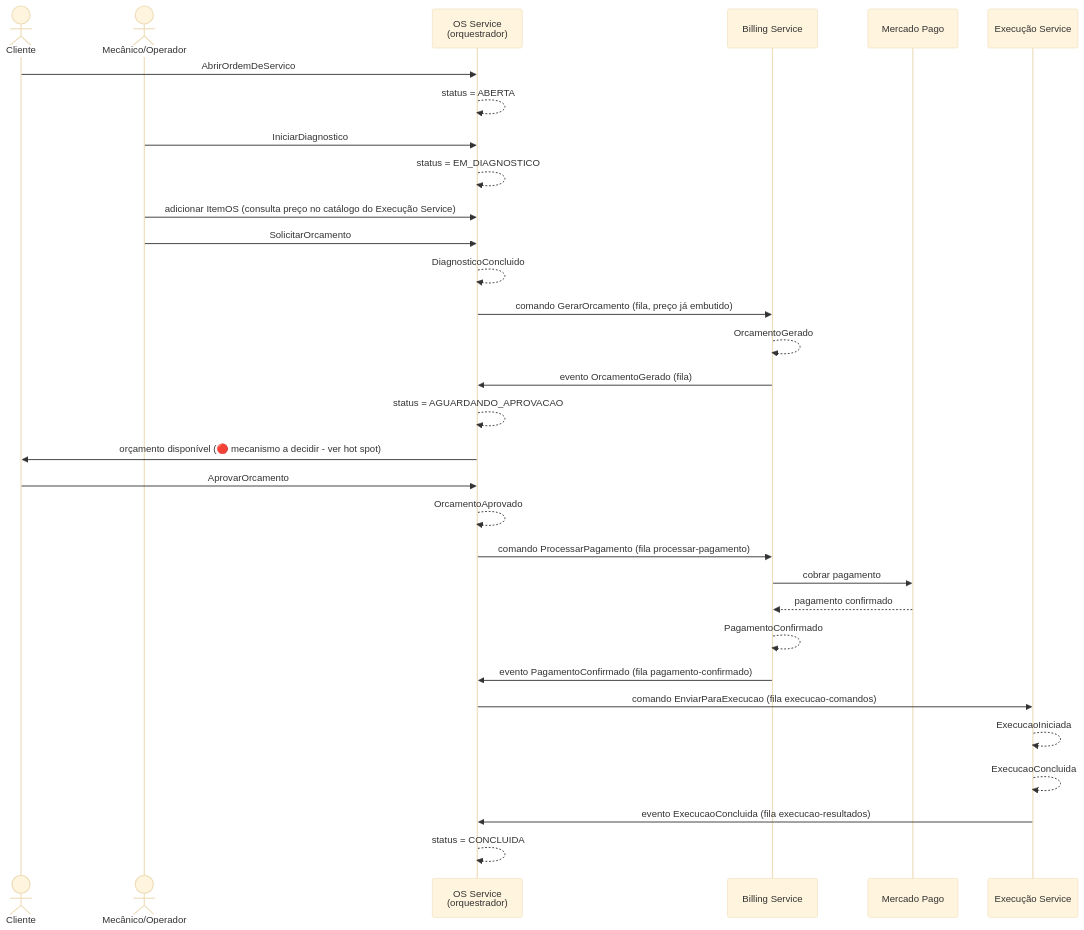
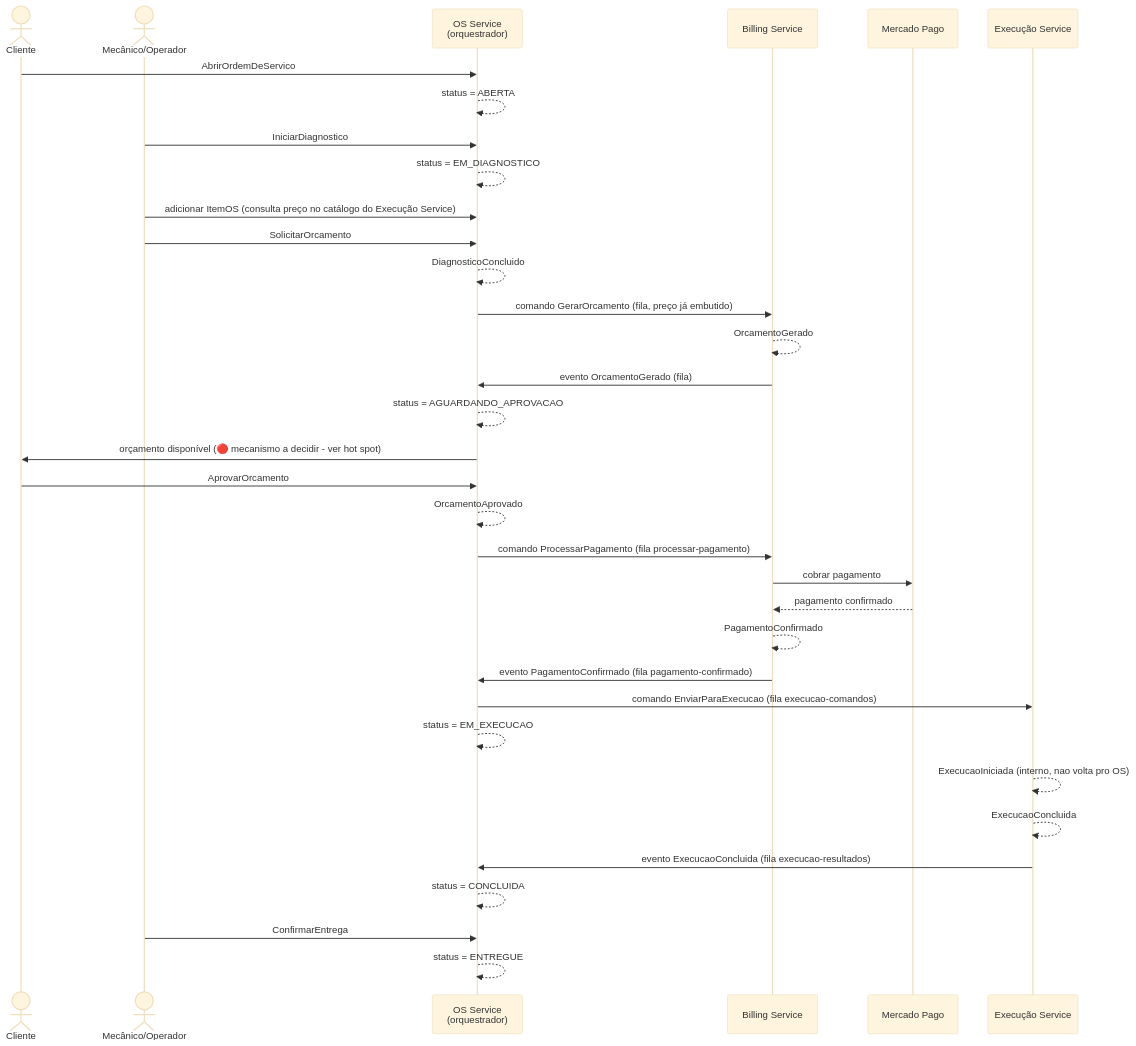
Before and after one commit to pisanohub/oficina_fiap: the diagram in documentacao/event-storming-saga-v1.md, drawn with Mermaid (base theme). The commit also changed other lines of this file, not shown here.

Commit message:
docs: resolve gatilho de EM_EXECUCAO e do status ENTREGUE

````diff
--- a/documentacao/event-storming-saga-v1.md
+++ b/documentacao/event-storming-saga-v1.md
@@ -43,36 +43,40 @@
 ```mermaid
 sequenceDiagram
     actor Cliente
     actor Operador as Mecânico/Operador
     participant OS as OS Service<br/>(orquestrador)
     participant Billing as Billing Service
     participant MP as Mercado Pago
     participant Exec as Execução Service
 
     Cliente->>OS: AbrirOrdemDeServico
     OS-->>OS: status = ABERTA
     Operador->>OS: IniciarDiagnostico
     OS-->>OS: status = EM_DIAGNOSTICO
     Operador->>OS: adicionar ItemOS (consulta preço no catálogo do Execução Service)
     Operador->>OS: SolicitarOrcamento
     OS-->>OS: DiagnosticoConcluido
     OS->>Billing: comando GerarOrcamento (fila, preço já embutido)
     Billing-->>Billing: OrcamentoGerado
     Billing->>OS: evento OrcamentoGerado (fila)
     OS-->>OS: status = AGUARDANDO_APROVACAO
     OS->>Cliente: orçamento disponível (🔴 mecanismo a decidir - ver hot spot)
 
     Cliente->>OS: AprovarOrcamento
     OS-->>OS: OrcamentoAprovado
     OS->>Billing: comando ProcessarPagamento (fila processar-pagamento)
     Billing->>MP: cobrar pagamento
     MP-->>Billing: pagamento confirmado
     Billing-->>Billing: PagamentoConfirmado
     Billing->>OS: evento PagamentoConfirmado (fila pagamento-confirmado)
 
     OS->>Exec: comando EnviarParaExecucao (fila execucao-comandos)
-    Exec-->>Exec: ExecucaoIniciada
+    OS-->>OS: status = EM_EXECUCAO
+    Exec-->>Exec: ExecucaoIniciada (interno, nao volta pro OS)
     Exec-->>Exec: ExecucaoConcluida
     Exec->>OS: evento ExecucaoConcluida (fila execucao-resultados)
     OS-->>OS: status = CONCLUIDA
+
+    Operador->>OS: ConfirmarEntrega
+    OS-->>OS: status = ENTREGUE
 ```
````
